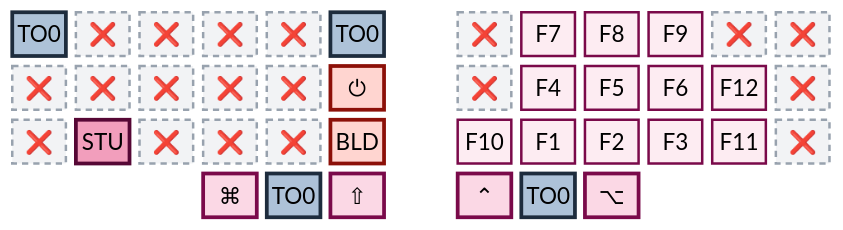
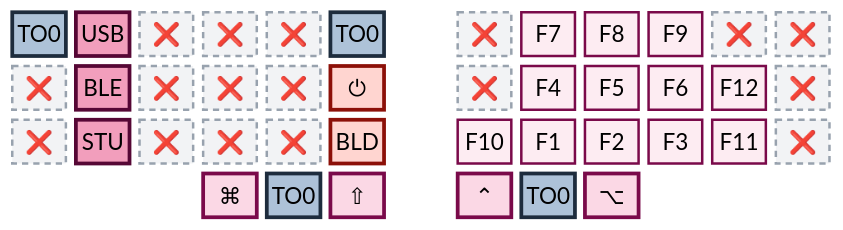
Before and after one commit to abloch/zmk-corne: the sixth of 6 diagrams in README.md, drawn with Mermaid. The commit also changed other lines of this file and 6 other files, not shown here.

````diff
--- a/README.md
+++ b/README.md
@@ -207,24 +207,24 @@
 ```mermaid
 %%{init: {'theme':'base','themeVariables':{'primaryColor':'#fdecf2','primaryTextColor':'#3a0523','primaryBorderColor':'#7a0a4a','nodeTextColor':'#3a0523','textColor':'#3a0523','mainBkg':'#fdecf2','fontSize':'18px'}}}%%
 block
 columns 13
 
-  to0["TO0"] tra["❌"] trb["❌"] trc["❌"] trd["❌"] t0b["TO0"] space tre["❌"] f7["F7"] f8["F8"] f9["F9"] x1["❌"] x2["❌"]
-  trf["❌"] trg["❌"] trh["❌"] tri["❌"] trj["❌"] off["⏻"] space trk["❌"] f4["F4"] f5["F5"] f6["F6"] f12["F12"] x3["❌"]
+  to0["TO0"] usb["USB"] trb["❌"] trc["❌"] trd["❌"] t0b["TO0"] space tre["❌"] f7["F7"] f8["F8"] f9["F9"] x1["❌"] x2["❌"]
+  trf["❌"] ble["BLE"] trh["❌"] tri["❌"] trj["❌"] off["⏻"] space trk["❌"] f4["F4"] f5["F5"] f6["F6"] f12["F12"] x3["❌"]
   trl["❌"] stu["STU"] trm["❌"] trn["❌"] tro["❌"] bld["BLD"] space f10["F10"] f1["F1"] f2["F2"] f3["F3"] f11["F11"] x4["❌"]
   space:3 cmd["⌘"] t0c["TO0"] sft["⇧"] space ctl["⌃"] t0d["TO0"] alt["⌥"] space:3
 
   classDef plain fill:#fdecf2,stroke:#7a0a4a,stroke-width:2px,color:#3a0523
   classDef mod fill:#fbd8e5,stroke:#7a0a4a,stroke-width:3px,color:#3a0523
   classDef spec fill:#f29ebc,stroke:#560735,stroke-width:3px,color:#250317
   classDef goL0 fill:#adc2d8,stroke:#1d2c3d,stroke-width:3px,color:#060c12
   classDef alert fill:#ffd5d0,stroke:#8c1008,stroke-width:3px,color:#3d0603
   classDef dead fill:#f2f3f5,stroke:#98a2ae,stroke-width:2px,stroke-dasharray:5 4,color:#5b6673
 
   class f1,f2,f3,f4,f5,f6,f7,f8,f9,f10,f11,f12 plain
   class cmd,sft,ctl,alt mod
-  class stu spec
+  class stu,usb,ble spec
   class to0,t0b,t0c,t0d goL0
   class off,bld alert
-  class x1,x2,x3,x4,tra,trb,trc,trd,tre,trf,trg,trh,tri,trj,trk,trl,trm,trn,tro dead
+  class x1,x2,x3,x4,trb,trc,trd,tre,trf,trh,tri,trj,trk,trl,trm,trn,tro dead
 ```
````
